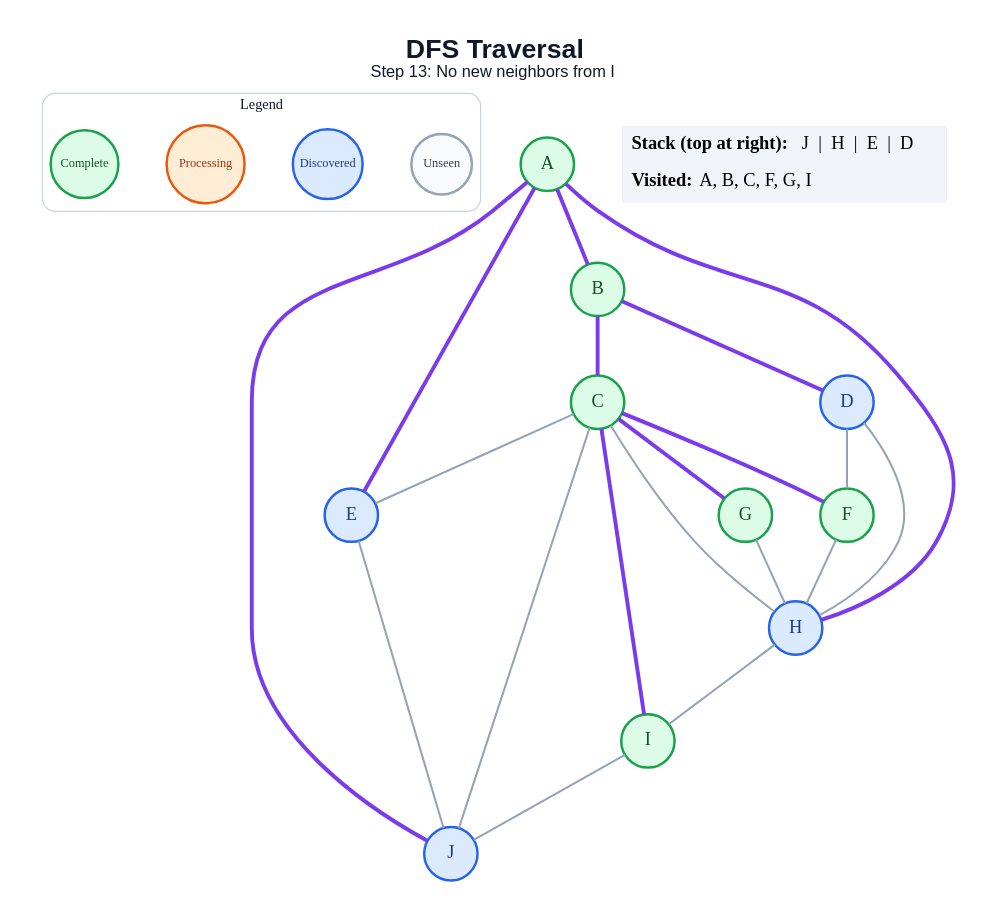
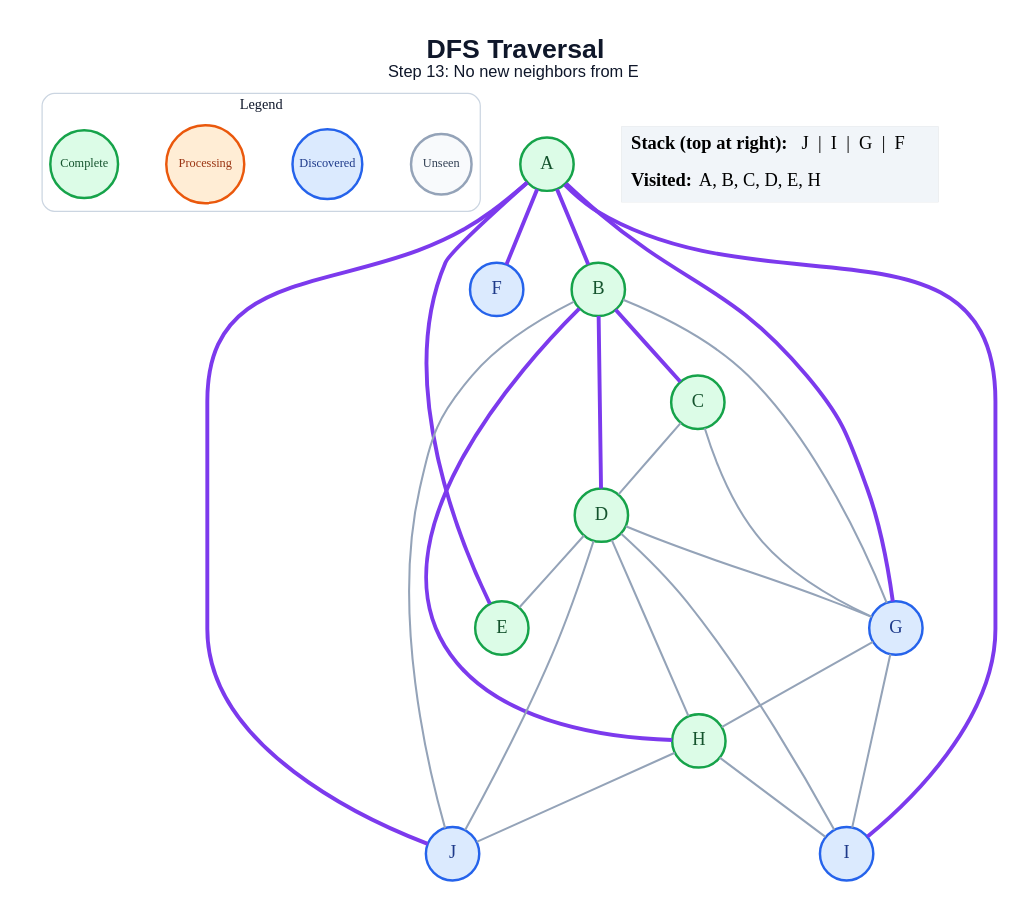
The diagram in generated/dfs/step_13.dot (amanghodawala9/ai-slop), drawn with Graphviz before and after one commit. The commit also changed 178 other files, not shown here.

```diff
--- a/generated/dfs/step_13.dot
+++ b/generated/dfs/step_13.dot
@@ -1,48 +1,51 @@
 graph traversal {
   graph [layout=dot, rankdir=TB, bgcolor="#FFFFFF", pad="0.35", nodesep="0.65", ranksep="0.8", fontname="Arial"];
   node [shape=circle, style="filled", fontname="Arial Bold", fontsize=18, width=0.72, fixedsize=true, penwidth=2.4];
   edge [color="#94A3B8", penwidth=2.0];
-  label=<<B>DFS Traversal</B><BR/><FONT POINT-SIZE="16">Step 13: No new neighbors from I</FONT>>; labelloc="t"; fontsize=26; fontname="Arial"; fontcolor="#0F172A";
+  label=<<B>DFS Traversal</B><BR/><FONT POINT-SIZE="16">Step 13: No new neighbors from E</FONT>>; labelloc="t"; fontsize=26; fontname="Arial"; fontcolor="#0F172A";
   subgraph cluster_legend { label="Legend"; color="#CBD5E1"; penwidth=1.2; style="rounded"; fontsize=14; fontname="Arial Bold";
     key_unseen [label="Unseen", fillcolor="#F8FAFC", color="#94A3B8", fontcolor="#334155", fontsize=12, width=0.82];
     key_frontier [label="Discovered", fillcolor="#DBEAFE", color="#2563EB", fontcolor="#1E3A8A", fontsize=12, width=0.95];
     key_current [label="Processing", fillcolor="#FFEDD5", color="#EA580C", fontcolor="#9A3412", fontsize=12, width=1.05];
     key_done [label="Complete", fillcolor="#DCFCE7", color="#16A34A", fontcolor="#14532D", fontsize=12, width=0.92];
     { rank=same; key_unseen; key_frontier; key_current; key_done; }
   }
   A [fillcolor="#DCFCE7", color="#16A34A", fontcolor="#14532D"];
   B [fillcolor="#DCFCE7", color="#16A34A", fontcolor="#14532D"];
   C [fillcolor="#DCFCE7", color="#16A34A", fontcolor="#14532D"];
-  D [fillcolor="#DBEAFE", color="#2563EB", fontcolor="#1E3A8A"];
-  E [fillcolor="#DBEAFE", color="#2563EB", fontcolor="#1E3A8A"];
-  F [fillcolor="#DCFCE7", color="#16A34A", fontcolor="#14532D"];
-  G [fillcolor="#DCFCE7", color="#16A34A", fontcolor="#14532D"];
-  H [fillcolor="#DBEAFE", color="#2563EB", fontcolor="#1E3A8A"];
-  I [fillcolor="#DCFCE7", color="#16A34A", fontcolor="#14532D"];
+  D [fillcolor="#DCFCE7", color="#16A34A", fontcolor="#14532D"];
+  E [fillcolor="#DCFCE7", color="#16A34A", fontcolor="#14532D"];
+  F [fillcolor="#DBEAFE", color="#2563EB", fontcolor="#1E3A8A"];
+  G [fillcolor="#DBEAFE", color="#2563EB", fontcolor="#1E3A8A"];
+  H [fillcolor="#DCFCE7", color="#16A34A", fontcolor="#14532D"];
+  I [fillcolor="#DBEAFE", color="#2563EB", fontcolor="#1E3A8A"];
   J [fillcolor="#DBEAFE", color="#2563EB", fontcolor="#1E3A8A"];
   A -- B [color="#7C3AED", penwidth=3.8];
   A -- E [color="#7C3AED", penwidth=3.8];
-  A -- H [color="#7C3AED", penwidth=3.8];
+  A -- F [color="#7C3AED", penwidth=3.8];
+  A -- G [color="#7C3AED", penwidth=3.8];
+  A -- I [color="#7C3AED", penwidth=3.8];
   A -- J [color="#7C3AED", penwidth=3.8];
   B -- C [color="#7C3AED", penwidth=3.8];
   B -- D [color="#7C3AED", penwidth=3.8];
-  C -- E;
-  C -- F [color="#7C3AED", penwidth=3.8];
-  C -- G [color="#7C3AED", penwidth=3.8];
-  C -- H;
-  C -- I [color="#7C3AED", penwidth=3.8];
-  C -- J;
-  D -- F;
+  B -- G;
+  B -- H [color="#7C3AED", penwidth=3.8];
+  B -- J;
+  C -- D;
+  C -- G;
+  D -- E;
+  D -- G;
   D -- H;
-  E -- J;
-  F -- H;
+  D -- I;
+  D -- J;
   G -- H;
+  G -- I;
   H -- I;
-  I -- J;
+  H -- J;
   status [shape=plain, fixedsize=false, width=0, height=0, margin=0, label=<
     <TABLE BORDER="0" CELLBORDER="0" CELLPADDING="7" BGCOLOR="#F1F5F9">
-      <TR><TD ALIGN="LEFT"><B>Stack (top at right):</B> J  |  H  |  E  |  D</TD></TR>
-      <TR><TD ALIGN="LEFT"><B>Visited:</B> A, B, C, F, G, I</TD></TR>
+      <TR><TD ALIGN="LEFT"><B>Stack (top at right):</B> J  |  I  |  G  |  F</TD></TR>
+      <TR><TD ALIGN="LEFT"><B>Visited:</B> A, B, C, D, E, H</TD></TR>
     </TABLE>
   >];
 }
```
